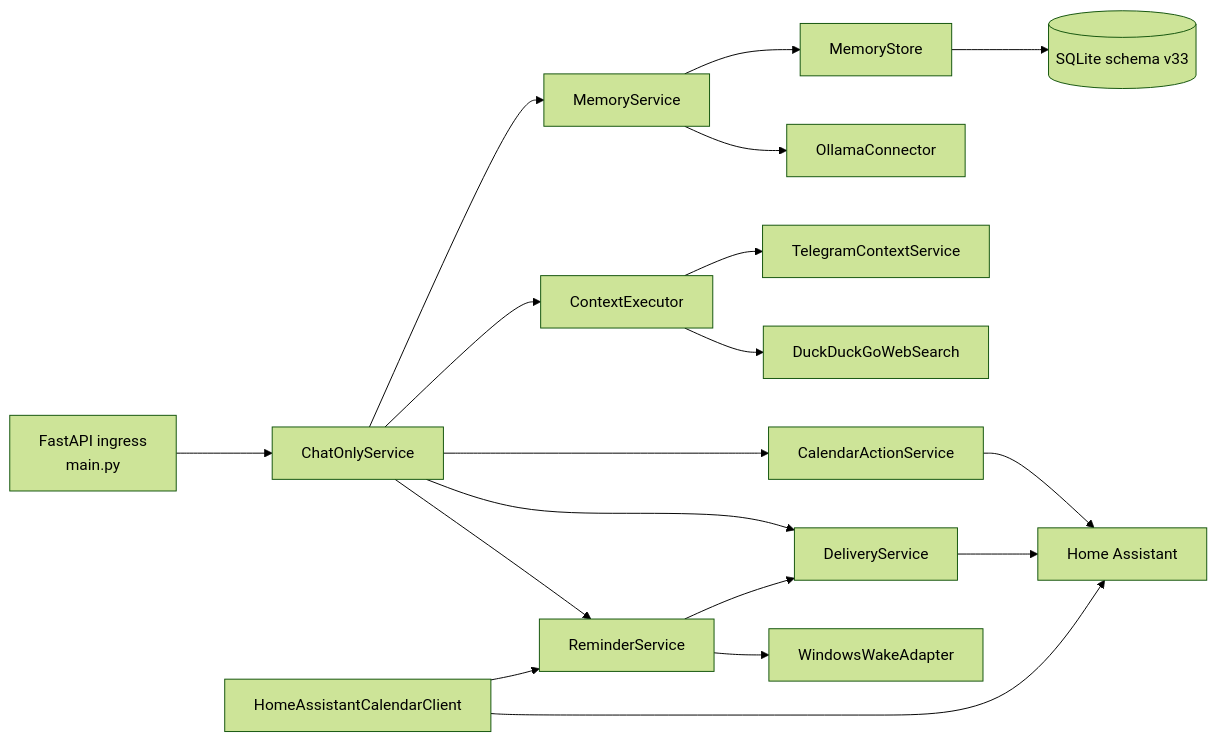
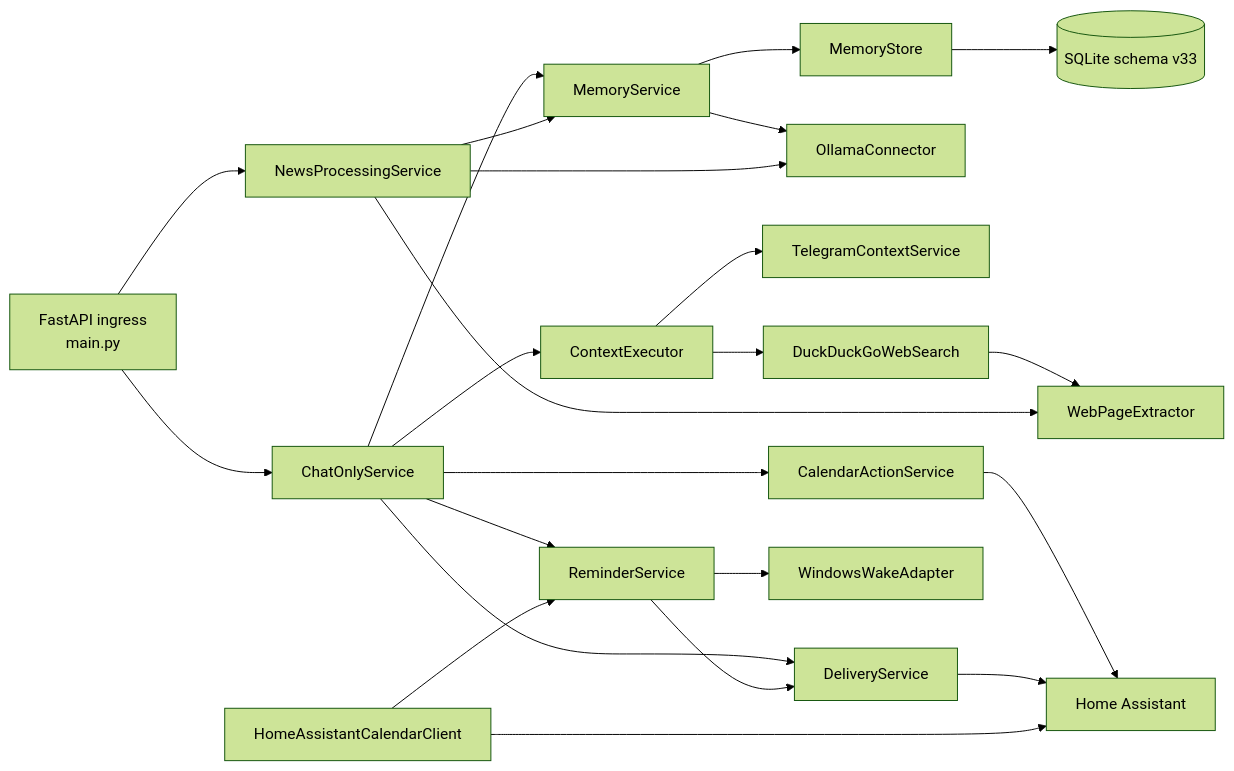
Before and after one commit to stanitski/Lumen: the first of 2 diagrams in docs/ARCHITECTURE.md, drawn with Mermaid (forest theme). The commit also changed other lines of this file and 19 other files, not shown here.

````diff
--- a/docs/ARCHITECTURE.md
+++ b/docs/ARCHITECTURE.md
@@ -12,20 +12,25 @@
 ```mermaid
 flowchart LR
     I["FastAPI ingress<br/>main.py"] --> C["ChatOnlyService"]
     C --> M["MemoryService"]
     M --> S["MemoryStore"]
     S --> DB[("SQLite schema v33")]
     M --> O["OllamaConnector"]
     C --> X["ContextExecutor"]
     X --> T["TelegramContextService"]
     X --> W["DuckDuckGoWebSearch"]
+    W --> E["WebPageExtractor"]
+    I --> N["NewsProcessingService"]
+    N --> E
+    N --> M
+    N --> O
     C --> R["ReminderService"]
     C --> A["CalendarActionService"]
     C --> D["DeliveryService"]
     A --> HA["Home Assistant"]
     D --> HA
     HC["HomeAssistantCalendarClient"] --> HA
     HC --> R
     R --> D
     R --> WT["WindowsWakeAdapter"]
 ```
````
